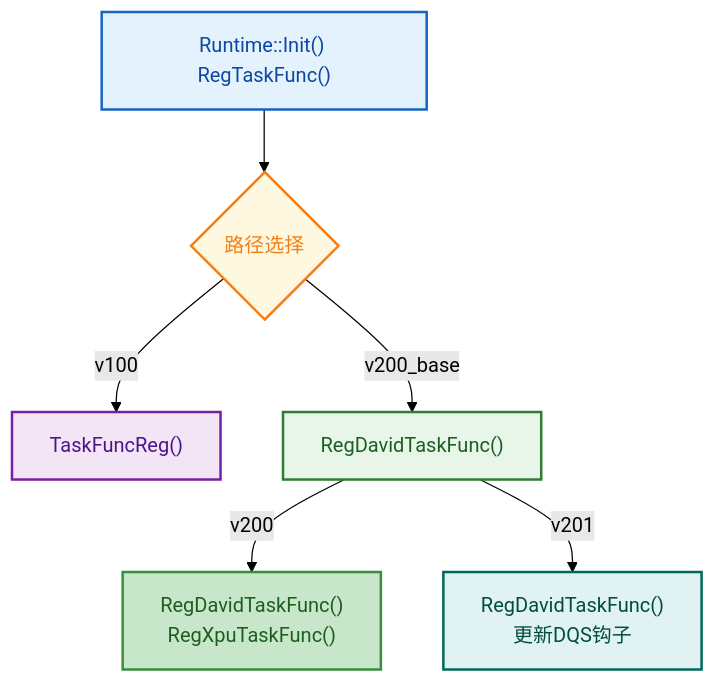
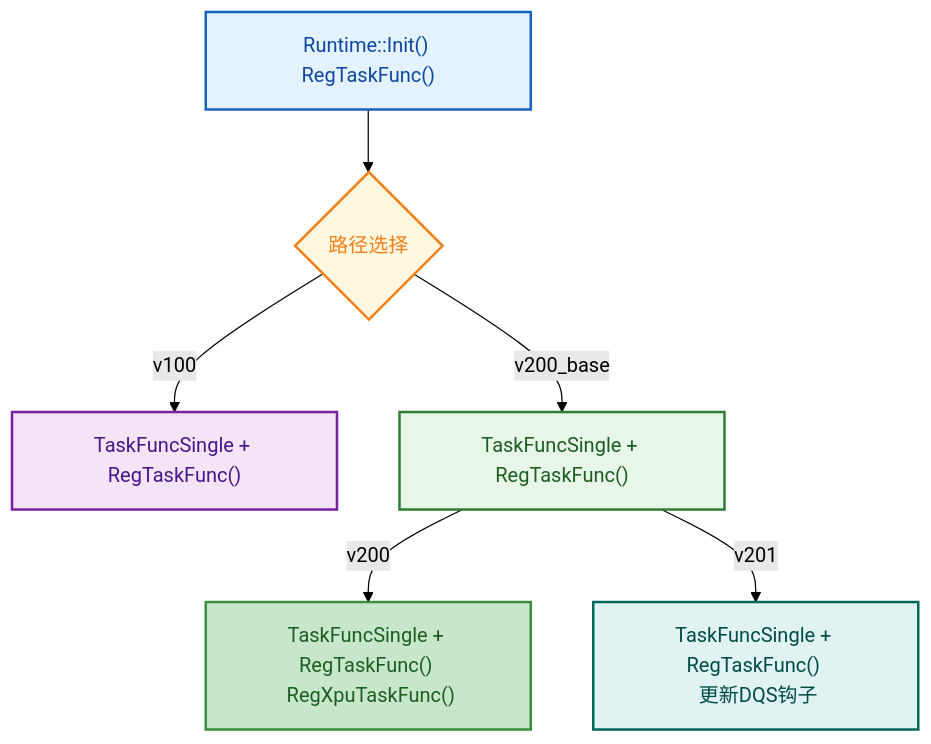
The second of 7 diagrams in docs/zh/design/modules/task/task.md (hicann/runtime), drawn with Mermaid (forest theme) before and after one commit. The commit also changed other lines of this file and 1 other file, not shown here.

First line of the commit message:
docs: 同步 ConstructSqe 统一后的 Task 与 Stream 资料 (#829)

````diff
--- a/docs/zh/design/modules/task/task.md
+++ b/docs/zh/design/modules/task/task.md
@@ -104,18 +104,18 @@
 ```mermaid
 
 flowchart TD
     classDef entryStyle fill:#E3F2FD,stroke:#1565C0,stroke-width:2px,color:#0D47A1
     classDef branchStyle fill:#FFF8E1,stroke:#F57F17,stroke-width:2px,color:#F57F17
     classDef v100Style fill:#F3E5F5,stroke:#7B1FA2,stroke-width:2px,color:#4A148C
     classDef v200baseStyle fill:#E8F5E9,stroke:#2E7D32,stroke-width:2px,color:#1B5E20
     classDef v200Style fill:#C8E6C9,stroke:#388E3C,stroke-width:2px,color:#1B5E20
     classDef v201Style fill:#E0F2F1,stroke:#00695C,stroke-width:2px,color:#004D40
 
     A["Runtime::Init() RegTaskFunc()"]:::entryStyle --> B{"路径选择"}:::branchStyle
-    B -->|v100| C["TaskFuncReg()"]:::v100Style
-    B -->|v200_base| D["RegDavidTaskFunc()"]:::v200baseStyle
+    B -->|v100| C["TaskFuncSingle + RegTaskFunc()"]:::v100Style
+    B -->|v200_base| D["TaskFuncSingle + RegTaskFunc()"]:::v200baseStyle
 
-    D -->|v200| E["RegDavidTaskFunc() <br/> RegXpuTaskFunc()"]:::v200Style
-    D -->|v201| F["RegDavidTaskFunc()  <br/> 更新DQS钩子"]:::v201Style
+    D -->|v200| E["TaskFuncSingle + RegTaskFunc() <br/> RegXpuTaskFunc()"]:::v200Style
+    D -->|v201| F["TaskFuncSingle + RegTaskFunc() <br/> 更新DQS钩子"]:::v201Style
 
 ```
````
